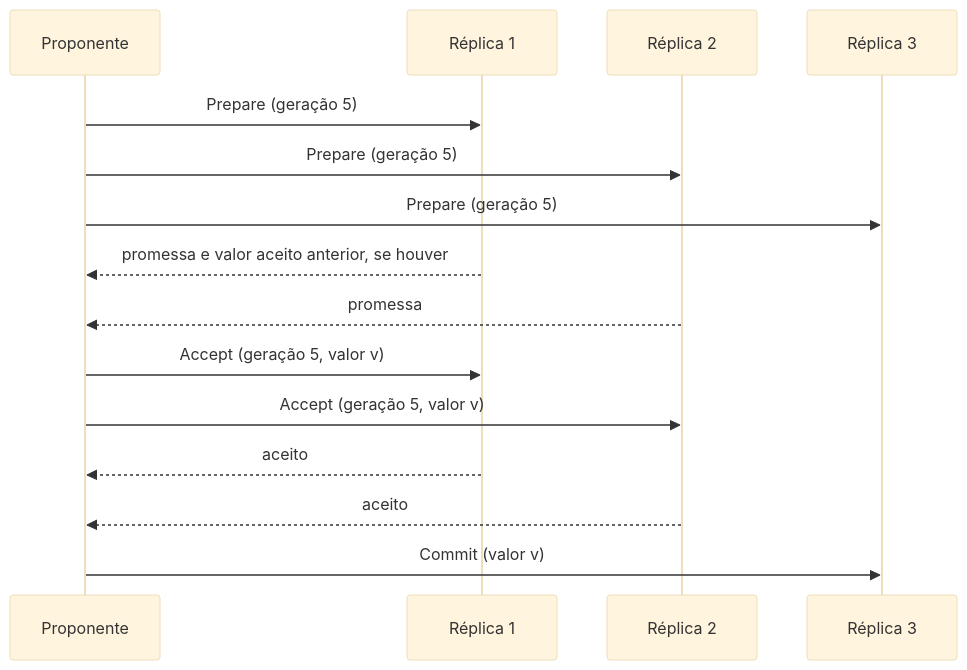
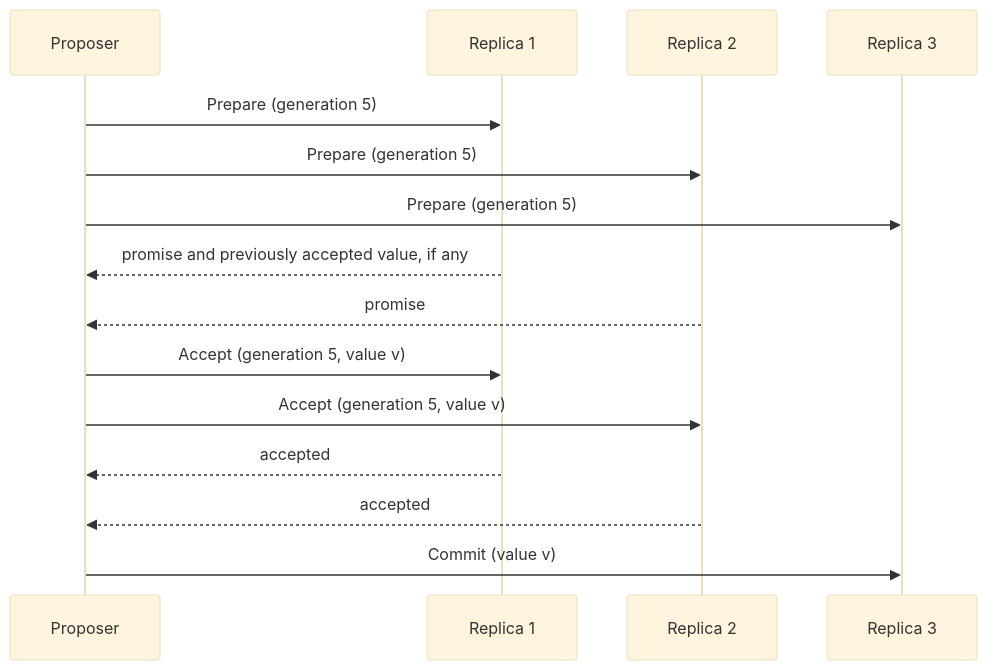
The diagram in docs/architecture/distributed-systems/data-replication/paxos.md (alancesar/design-patterns), drawn with Mermaid (base theme) before and after one commit. The commit also changed 258 other files, not shown here.

First line of the commit message:
Translate Mermaid diagrams to English

````diff
--- a/docs/architecture/distributed-systems/data-replication/paxos.md
+++ b/docs/architecture/distributed-systems/data-replication/paxos.md
@@ -53,17 +53,17 @@
 ```mermaid
 sequenceDiagram
-    participant P as Proponente
-    participant A1 as Réplica 1
-    participant A2 as Réplica 2
-    participant A3 as Réplica 3
-    P->>A1: Prepare (geração 5)
-    P->>A2: Prepare (geração 5)
-    P->>A3: Prepare (geração 5)
-    A1-->>P: promessa e valor aceito anterior, se houver
-    A2-->>P: promessa
-    P->>A1: Accept (geração 5, valor v)
-    P->>A2: Accept (geração 5, valor v)
-    A1-->>P: aceito
-    A2-->>P: aceito
-    P->>A3: Commit (valor v)
+    participant P as Proposer
+    participant A1 as Replica 1
+    participant A2 as Replica 2
+    participant A3 as Replica 3
+    P->>A1: Prepare (generation 5)
+    P->>A2: Prepare (generation 5)
+    P->>A3: Prepare (generation 5)
+    A1-->>P: promise and previously accepted value, if any
+    A2-->>P: promise
+    P->>A1: Accept (generation 5, value v)
+    P->>A2: Accept (generation 5, value v)
+    A1-->>P: accepted
+    A2-->>P: accepted
+    P->>A3: Commit (value v)
 ```
````
